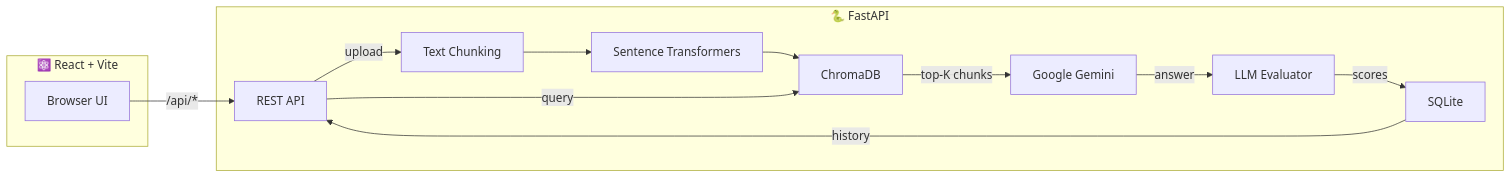
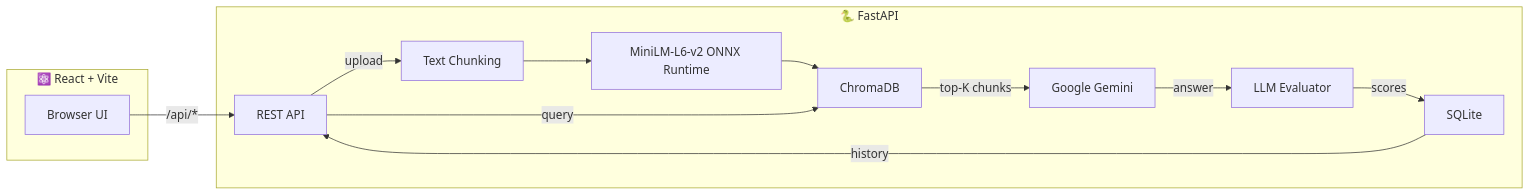
One commit to anuragverma4895/RAG-Answer-Eval changed the diagram in README.md. Above: the diagram before and after it, drawn with Mermaid. The commit also changed other lines of this file, not shown here.

Commit message:
Document ONNX embeddings and remove PyTorch deployment claims

````diff
--- a/README.md
+++ b/README.md
@@ -33,26 +33,26 @@
 ```mermaid
 graph LR
     subgraph Frontend["⚛️ React + Vite"]
         UI["Browser UI"]
     end
 
     subgraph Backend["🐍 FastAPI"]
         API["REST API"]
         Chunker["Text Chunking"]
-        Embedder["Sentence Transformers"]
+        Embedder["MiniLM-L6-v2 ONNX Runtime"]
         VectorDB["ChromaDB"]
         LLM["Google Gemini"]
         Eval["LLM Evaluator"]
         DB["SQLite"]
     end
 
     UI -- "/api/*" --> API
     API -- "upload" --> Chunker
     Chunker --> Embedder
     Embedder --> VectorDB
     API -- "query" --> VectorDB
     VectorDB -- "top-K chunks" --> LLM
     LLM -- "answer" --> Eval
     Eval -- "scores" --> DB
     DB -- "history" --> API
 ```
````
